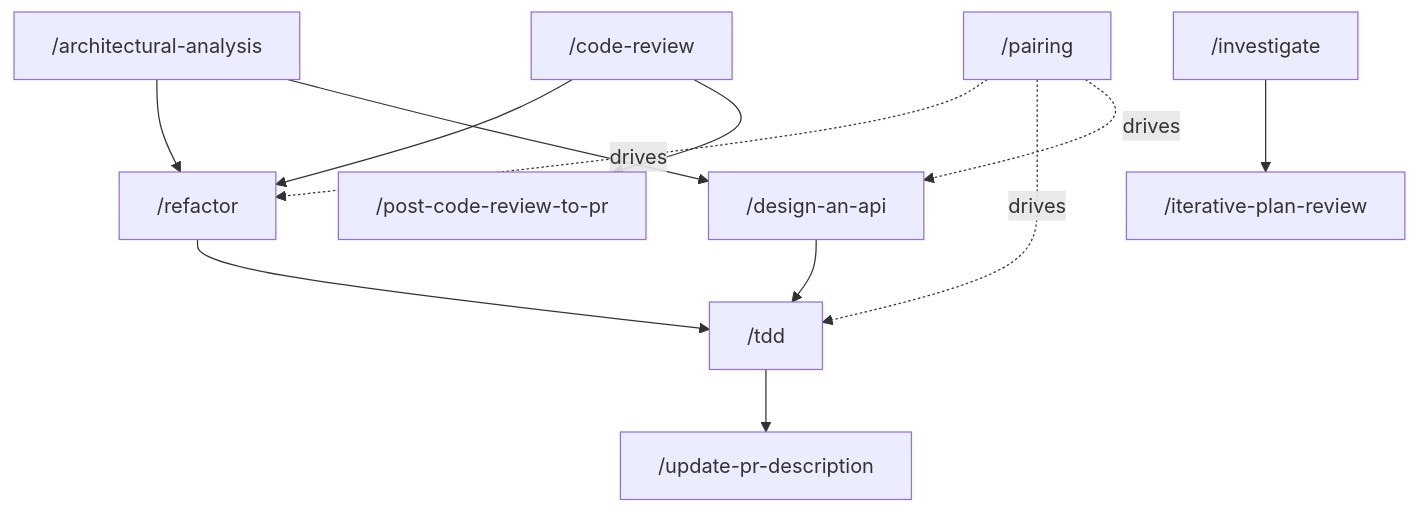
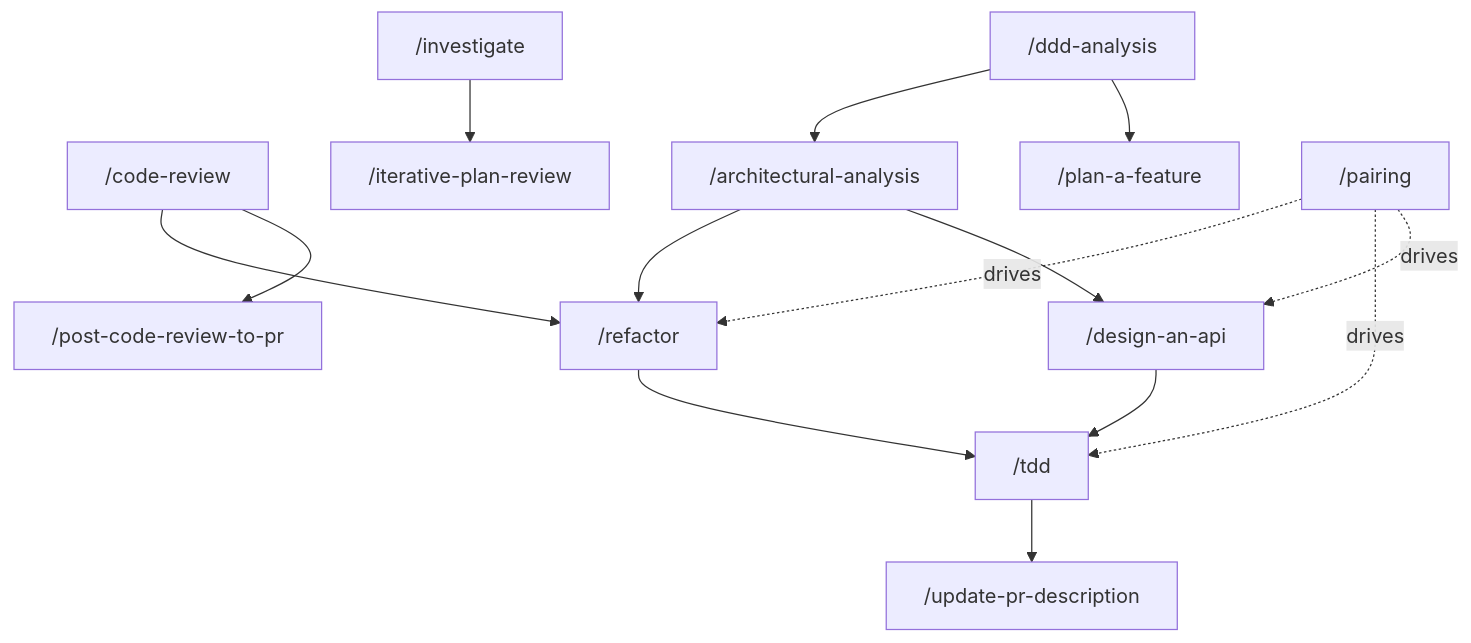
One commit to testdouble/han changed the third of 5 diagrams in docs/workflows.md. Above: the diagram before and after it, drawn with Mermaid. The commit also changed other lines of this file and 12 other files, not shown here.

````diff
--- a/docs/workflows.md
+++ b/docs/workflows.md
@@ -87,14 +87,16 @@
 ```mermaid
 flowchart TD
     review["/code-review"] --> refactor["/refactor"]
     arch["/architectural-analysis"] --> refactor
     arch --> design["/design-an-api"]
     design --> tdd["/tdd"]
     review --> pr["/post-code-review-to-pr"]
     refactor --> tdd
     tdd --> prdesc["/update-pr-description"]
     investigate["/investigate"] --> iterate["/iterative-plan-review"]
+    ddd["/ddd-analysis"] --> arch
+    ddd --> feature["/plan-a-feature"]
     pairing["/pairing"] -.drives.-> refactor
     pairing -.drives.-> tdd
     pairing -.drives.-> design
 ```
````
